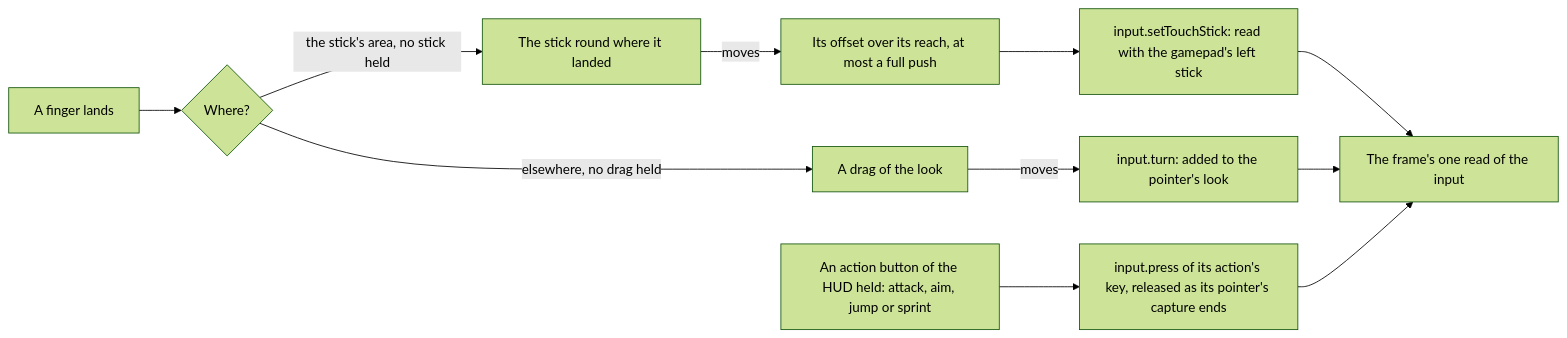
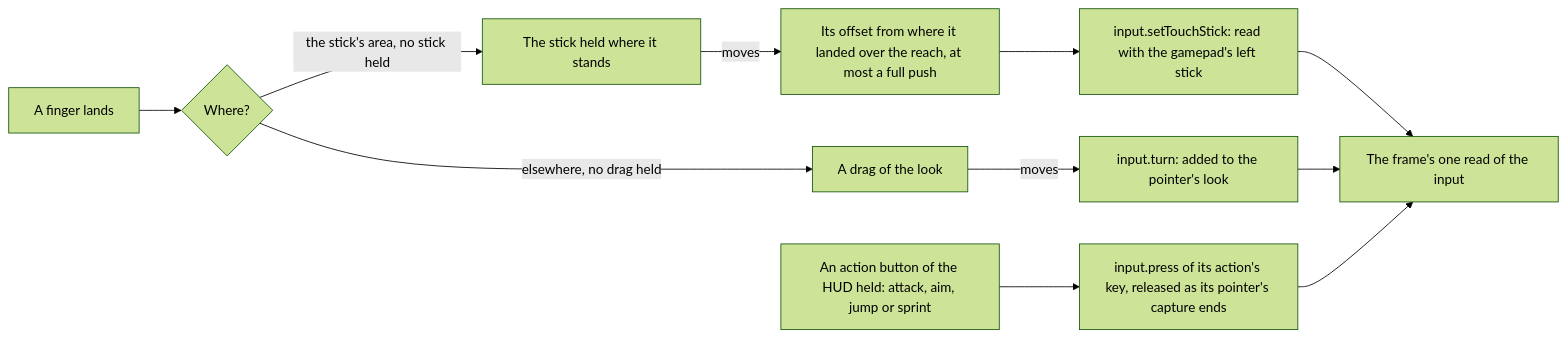
The diagram in apps/web/content/docs/genshin/touch-controls.md (Esposter/Esposter), drawn with Mermaid (forest theme) before and after one commit. The commit also changed other lines of this file and 5 other files, not shown here.

````diff
--- a/apps/web/content/docs/genshin/touch-controls.md
+++ b/apps/web/content/docs/genshin/touch-controls.md
@@ -12,13 +12,13 @@
 ```mermaid
 flowchart LR
   DOWN["A finger lands"] --> WHERE{"Where?"}
-  WHERE -->|"the stick's area, no stick held"| STICK["The stick round where it landed"]
+  WHERE -->|"the stick's area, no stick held"| STICK["The stick held where it stands"]
   WHERE -->|"elsewhere, no drag held"| DRAG["A drag of the look"]
-  STICK -->|"moves"| AXES["Its offset over its reach, at most a full push"]
+  STICK -->|"moves"| AXES["Its offset from where it landed over the reach, at most a full push"]
   AXES --> SET["input.setTouchStick: read with the gamepad's left stick"]
   DRAG -->|"moves"| TURN["input.turn: added to the pointer's look"]
   JUMP["An action button of the HUD held: attack, aim, jump or sprint"] --> PRESS["input.press of its action's key, released as its pointer's capture ends"]
   SET --> READ["The frame's one read of the input"]
   TURN --> READ
   PRESS --> READ
 ```
````
